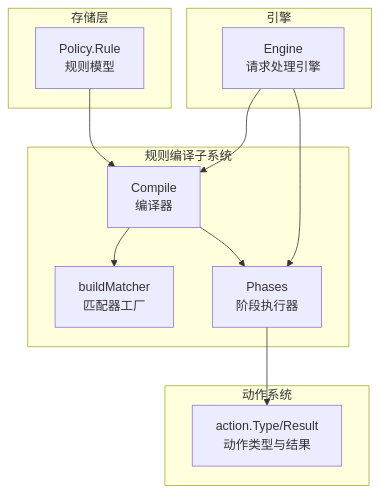
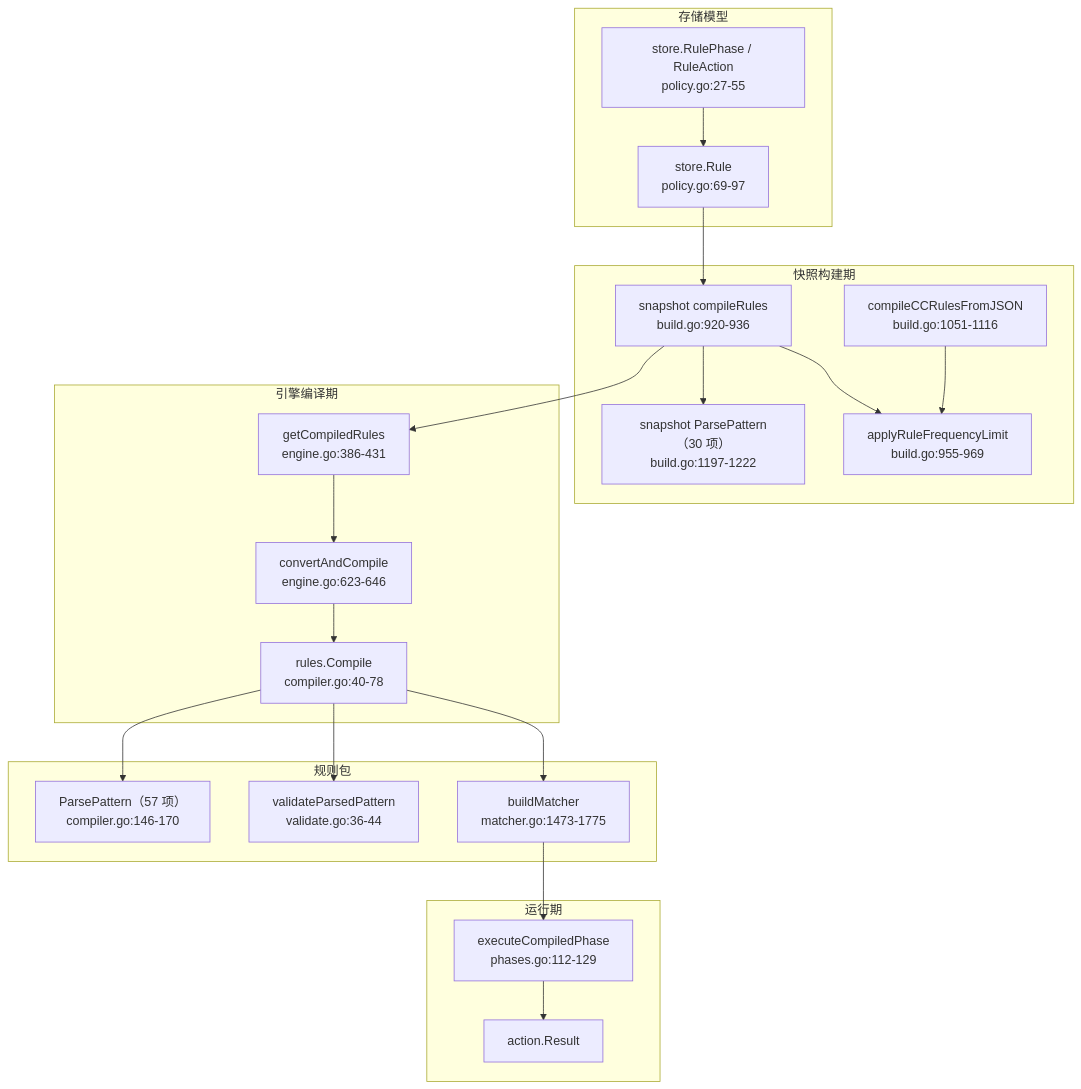
Before and after one commit to x01n/My-OpenWaf: the first of 6 diagrams in docs/WAF 引擎系统/规则编译器.md, drawn with Mermaid. The commit also changed other lines of this file and 622 other files, not shown here.

````diff
--- a/docs/WAF 引擎系统/规则编译器.md
+++ b/docs/WAF 引擎系统/规则编译器.md
@@ -38,23 +52,40 @@
 ```mermaid
 graph TB
-subgraph "存储层"
-POL["Policy.Rule<br/>规则模型"]
+subgraph "存储模型"
+SR["store.Rule<br/>policy.go:69-97"]
+SP["store.RulePhase / RuleAction<br/>policy.go:27-55"]
 end
-subgraph "规则编译子系统"
-COMP["Compile<br/>编译器"]
-MATCH["buildMatcher<br/>匹配器工厂"]
-PH["Phases<br/>阶段执行器"]
+subgraph "快照构建期"
+CR["snapshot compileRules<br/>build.go:920-936"]
+SPN["snapshot ParsePattern（30 项）<br/>build.go:1197-1222"]
+ARL["applyRuleFrequencyLimit<br/>build.go:955-969"]
+CCR["compileCCRulesFromJSON<br/>build.go:1051-1116"]
 end
-subgraph "动作系统"
-ACT["action.Type/Result<br/>动作类型与结果"]
+subgraph "引擎编译期"
+CAC["convertAndCompile<br/>engine.go:623-646"]
+CP["rules.Compile<br/>compiler.go:40-78"]
+GCR["getCompiledRules<br/>engine.go:386-431"]
 end
-subgraph "引擎"
-ENG["Engine<br/>请求处理引擎"]
+subgraph "规则包"
+PP["ParsePattern（57 项）<br/>compiler.go:146-170"]
+VP["validateParsedPattern<br/>validate.go:36-44"]
+BM["buildMatcher<br/>matcher.go:1473-1775"]
 end
-POL --> COMP
-COMP --> MATCH
-COMP --> PH
-PH --> ACT
-ENG --> PH
-ENG --> COMP
+subgraph "运行期"
+EX["executeCompiledPhase<br/>phases.go:112-129"]
+ACT["action.Result"]
+end
+SR --> CR
+SP --> SR
+CR --> SPN
+CR --> ARL
+CCR --> ARL
+CR --> GCR
+GCR --> CAC
+CAC --> CP
+CP --> PP
+CP --> VP
+CP --> BM
+BM --> EX
+EX --> ACT
 ```
````
